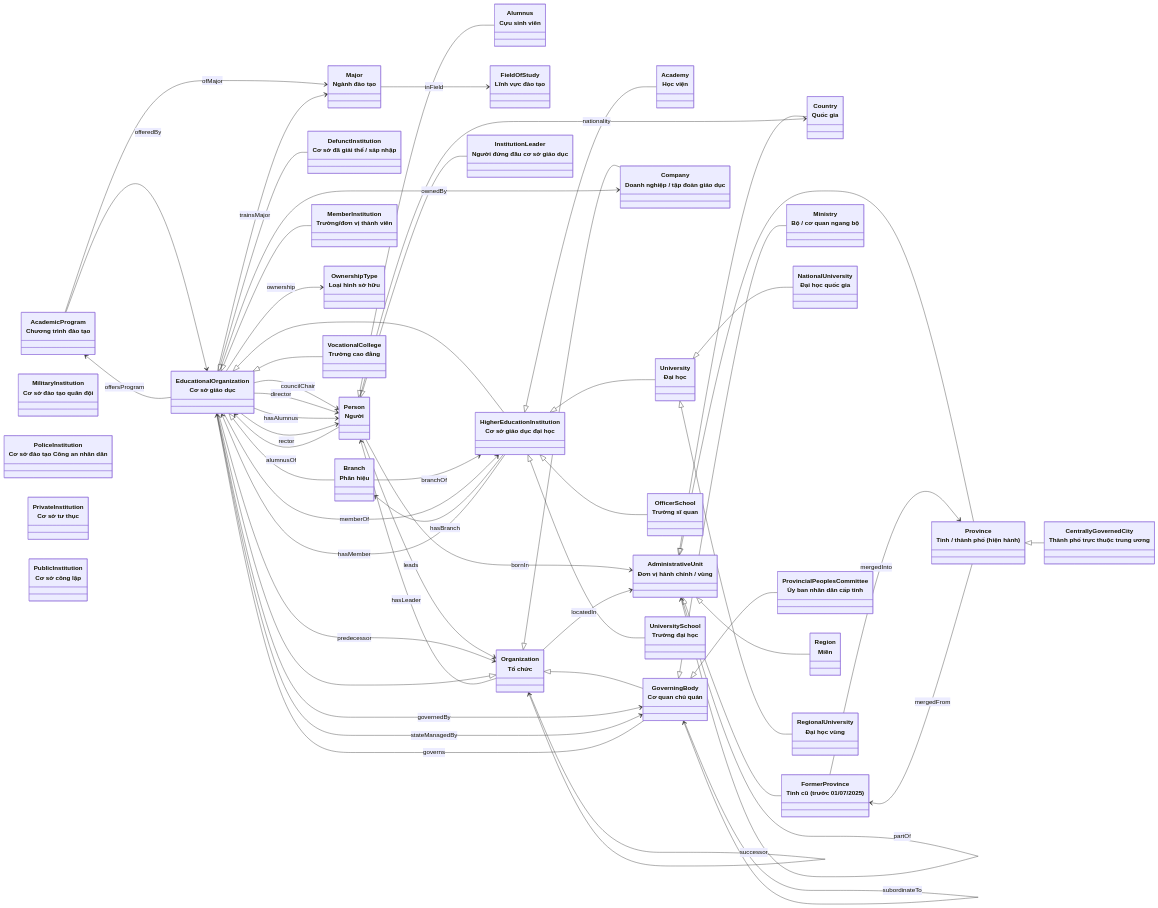
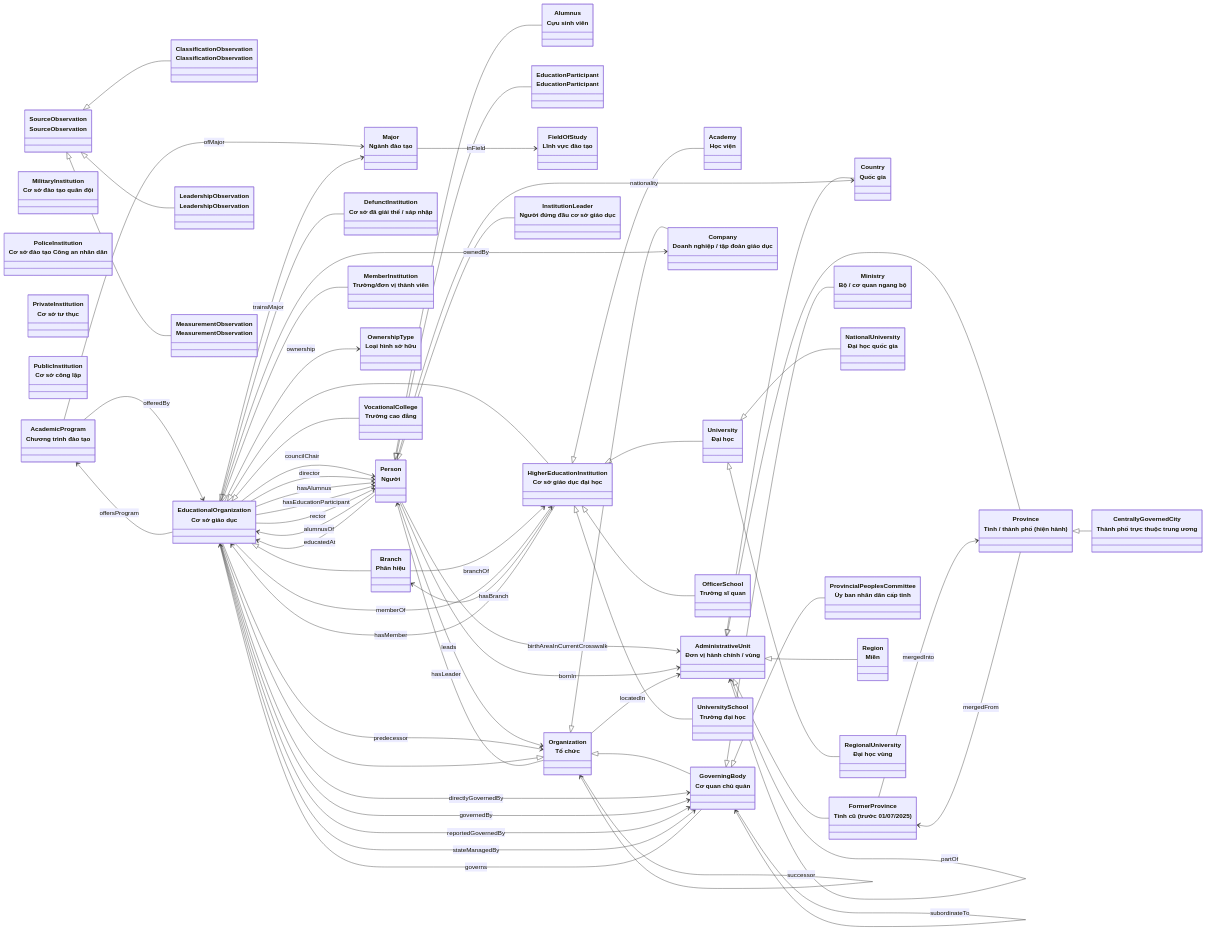
Before and after one commit to pham-ng/Vietnam-University-Knowledge-Graph-ver2: the diagram in docs/ontology.md, drawn with Mermaid. The commit also changed other lines of this file and 54 other files, not shown here.

```diff
--- a/docs/ontology.md
+++ b/docs/ontology.md
@@ -13,16 +13,20 @@
   class Alumnus["Alumnus<br/>Cựu sinh viên"]
   class Branch["Branch<br/>Phân hiệu"]
   class CentrallyGovernedCity["CentrallyGovernedCity<br/>Thành phố trực thuộc trung ương"]
+  class ClassificationObservation["ClassificationObservation<br/>ClassificationObservation"]
   class Company["Company<br/>Doanh nghiệp / tập đoàn giáo dục"]
   class Country["Country<br/>Quốc gia"]
   class DefunctInstitution["DefunctInstitution<br/>Cơ sở đã giải thể / sáp nhập"]
+  class EducationParticipant["EducationParticipant<br/>EducationParticipant"]
   class EducationalOrganization["EducationalOrganization<br/>Cơ sở giáo dục"]
   class FieldOfStudy["FieldOfStudy<br/>Lĩnh vực đào tạo"]
   class FormerProvince["FormerProvince<br/>Tỉnh cũ (trước 01/07/2025)"]
   class GoverningBody["GoverningBody<br/>Cơ quan chủ quản"]
   class HigherEducationInstitution["HigherEducationInstitution<br/>Cơ sở giáo dục đại học"]
   class InstitutionLeader["InstitutionLeader<br/>Người đứng đầu cơ sở giáo dục"]
+  class LeadershipObservation["LeadershipObservation<br/>LeadershipObservation"]
   class Major["Major<br/>Ngành đào tạo"]
+  class MeasurementObservation["MeasurementObservation<br/>MeasurementObservation"]
   class MemberInstitution["MemberInstitution<br/>Trường/đơn vị thành viên"]
   class MilitaryInstitution["MilitaryInstitution<br/>Cơ sở đào tạo quân đội"]
   class Ministry["Ministry<br/>Bộ / cơ quan ngang bộ"]
@@ -38,6 +42,7 @@
   class PublicInstitution["PublicInstitution<br/>Cơ sở công lập"]
   class Region["Region<br/>Miền"]
   class RegionalUniversity["RegionalUniversity<br/>Đại học vùng"]
+  class SourceObservation["SourceObservation<br/>SourceObservation"]
   class University["University<br/>Đại học"]
   class UniversitySchool["UniversitySchool<br/>Trường đại học"]
   class VocationalCollege["VocationalCollege<br/>Trường cao đẳng"]
@@ -45,14 +50,18 @@
   Person <|-- Alumnus
   EducationalOrganization <|-- Branch
   Province <|-- CentrallyGovernedCity
+  SourceObservation <|-- ClassificationObservation
   Organization <|-- Company
   AdministrativeUnit <|-- Country
   EducationalOrganization <|-- DefunctInstitution
+  Person <|-- EducationParticipant
   Organization <|-- EducationalOrganization
   AdministrativeUnit <|-- FormerProvince
   Organization <|-- GoverningBody
   EducationalOrganization <|-- HigherEducationInstitution
   Person <|-- InstitutionLeader
+  SourceObservation <|-- LeadershipObservation
+  SourceObservation <|-- MeasurementObservation
   EducationalOrganization <|-- MemberInstitution
   GoverningBody <|-- Ministry
   University <|-- NationalUniversity
@@ -65,14 +74,18 @@
   HigherEducationInstitution <|-- UniversitySchool
   EducationalOrganization <|-- VocationalCollege
   Person --> EducationalOrganization : alumnusOf
+  Person --> AdministrativeUnit : birthAreaInCurrentCrosswalk
   Person --> AdministrativeUnit : bornIn
   Branch --> HigherEducationInstitution : branchOf
   EducationalOrganization --> Person : councilChair
+  EducationalOrganization --> GoverningBody : directlyGovernedBy
   EducationalOrganization --> Person : director
+  Person --> EducationalOrganization : educatedAt
   EducationalOrganization --> GoverningBody : governedBy
   GoverningBody --> EducationalOrganization : governs
   EducationalOrganization --> Person : hasAlumnus
   HigherEducationInstitution --> Branch : hasBranch
+  EducationalOrganization --> Person : hasEducationParticipant
   Organization --> Person : hasLeader
   HigherEducationInstitution --> EducationalOrganization : hasMember
   AdministrativeUnit --> AdministrativeUnit : hasPart
@@ -91,6 +104,7 @@
   AdministrativeUnit --> AdministrativeUnit : partOf
   EducationalOrganization --> Organization : predecessor
   EducationalOrganization --> Person : rector
+  EducationalOrganization --> GoverningBody : reportedGovernedBy
   EducationalOrganization --> GoverningBody : stateManagedBy
   GoverningBody --> GoverningBody : subordinateTo
   Organization --> Organization : successor
```
